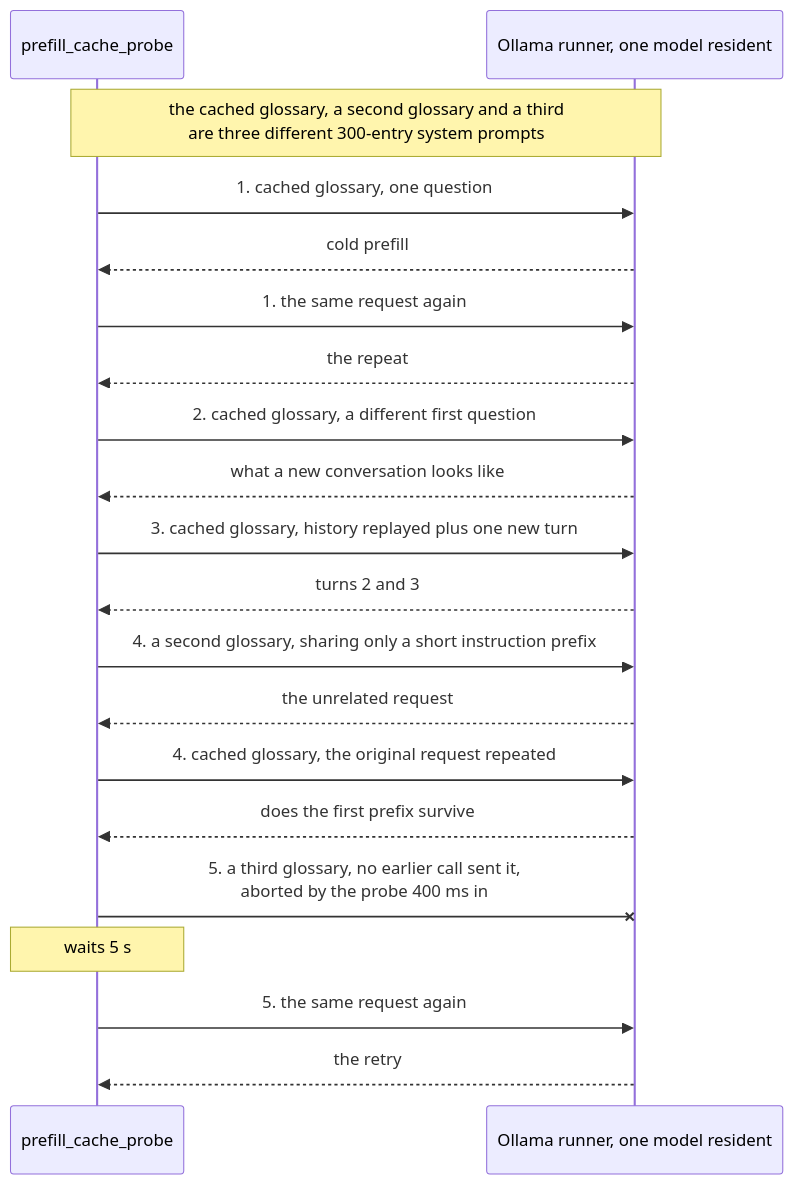
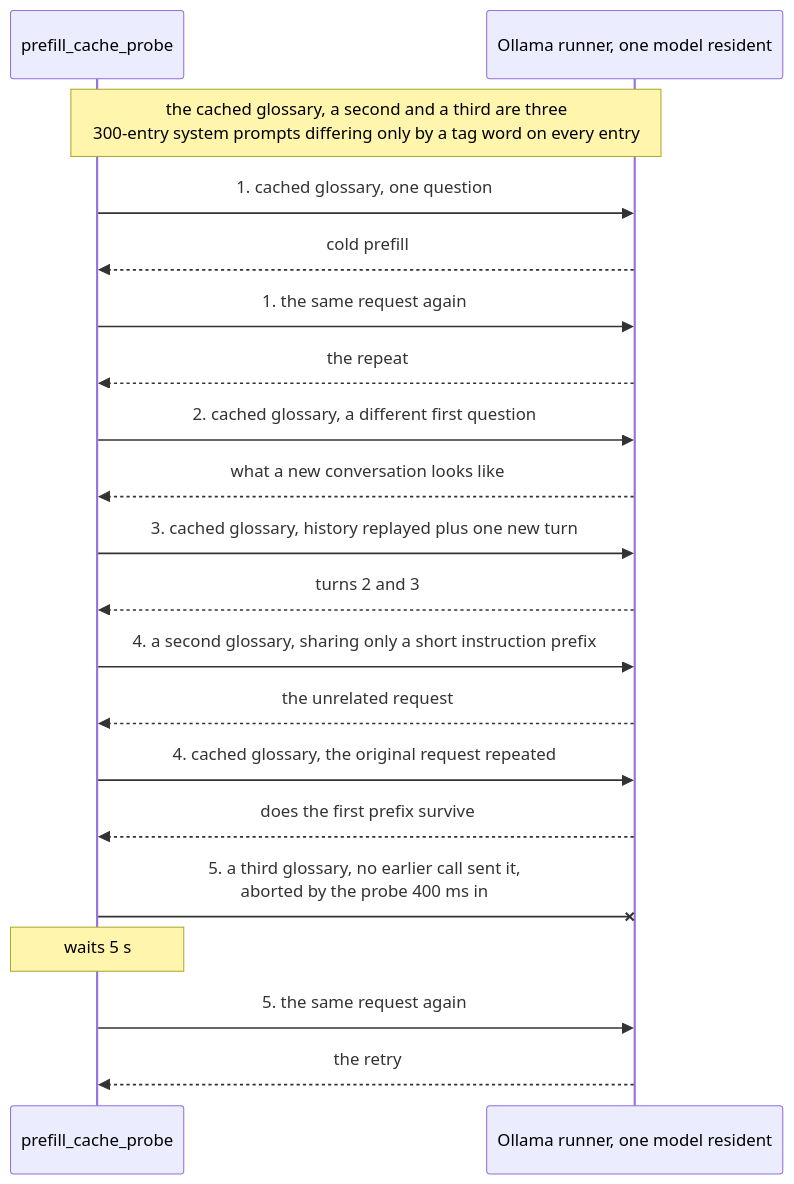
The first of 2 diagrams in adaptive_chat_server_dart/blog/article-8-prompt-cache-draft.md (freemansoft/Flutter-AdaptiveCards), drawn with Mermaid before and after one commit. The commit also changed other lines of this file, not shown here.

````diff
--- a/adaptive_chat_server_dart/blog/article-8-prompt-cache-draft.md
+++ b/adaptive_chat_server_dart/blog/article-8-prompt-cache-draft.md
@@ -55,23 +58,23 @@
 ```mermaid
 sequenceDiagram
   participant P as prefill_cache_probe
   participant O as Ollama runner, one model resident
 
-  Note over P,O: the cached glossary, a second glossary and a third<br/>are three different 300-entry system prompts
+  Note over P,O: the cached glossary, a second and a third are three<br/>300-entry system prompts differing only by a tag word on every entry
   P->>O: 1. cached glossary, one question
   O-->>P: cold prefill
   P->>O: 1. the same request again
   O-->>P: the repeat
   P->>O: 2. cached glossary, a different first question
   O-->>P: what a new conversation looks like
   P->>O: 3. cached glossary, history replayed plus one new turn
   O-->>P: turns 2 and 3
   P->>O: 4. a second glossary, sharing only a short instruction prefix
   O-->>P: the unrelated request
   P->>O: 4. cached glossary, the original request repeated
   O-->>P: does the first prefix survive
   P-xO: 5. a third glossary, no earlier call sent it,<br/>aborted by the probe 400 ms in
   Note over P: waits 5 s
   P->>O: 5. the same request again
   O-->>P: the retry
 ```
````
